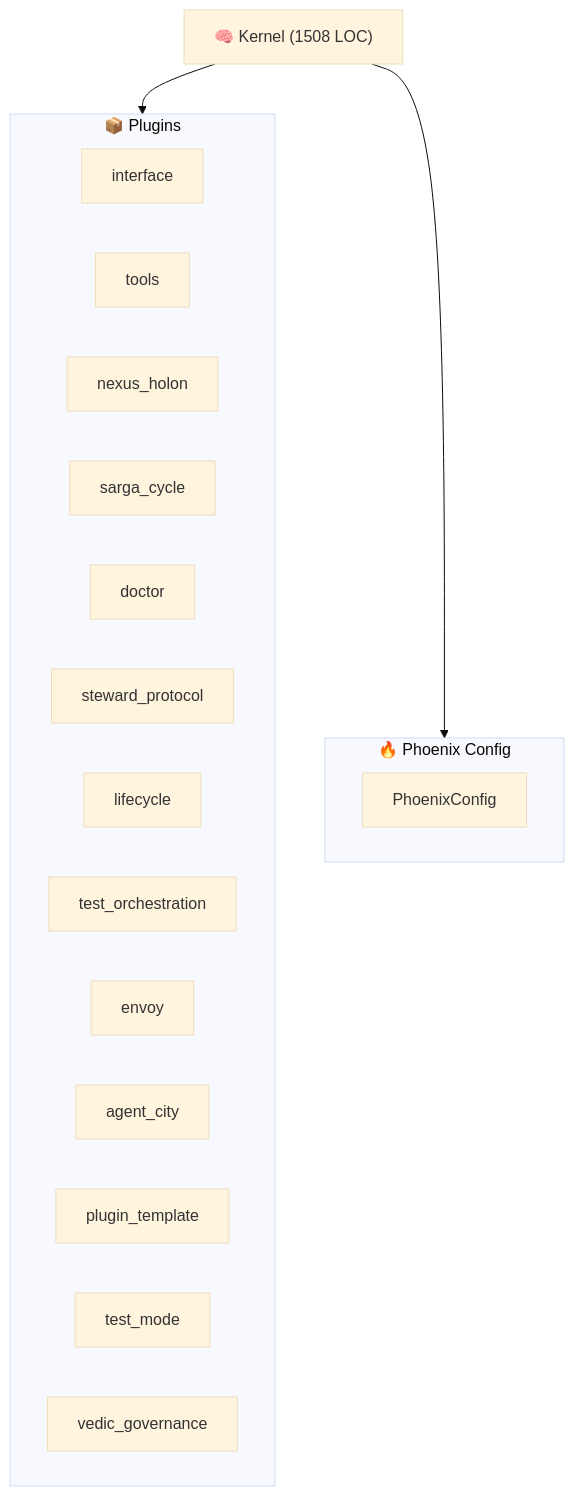
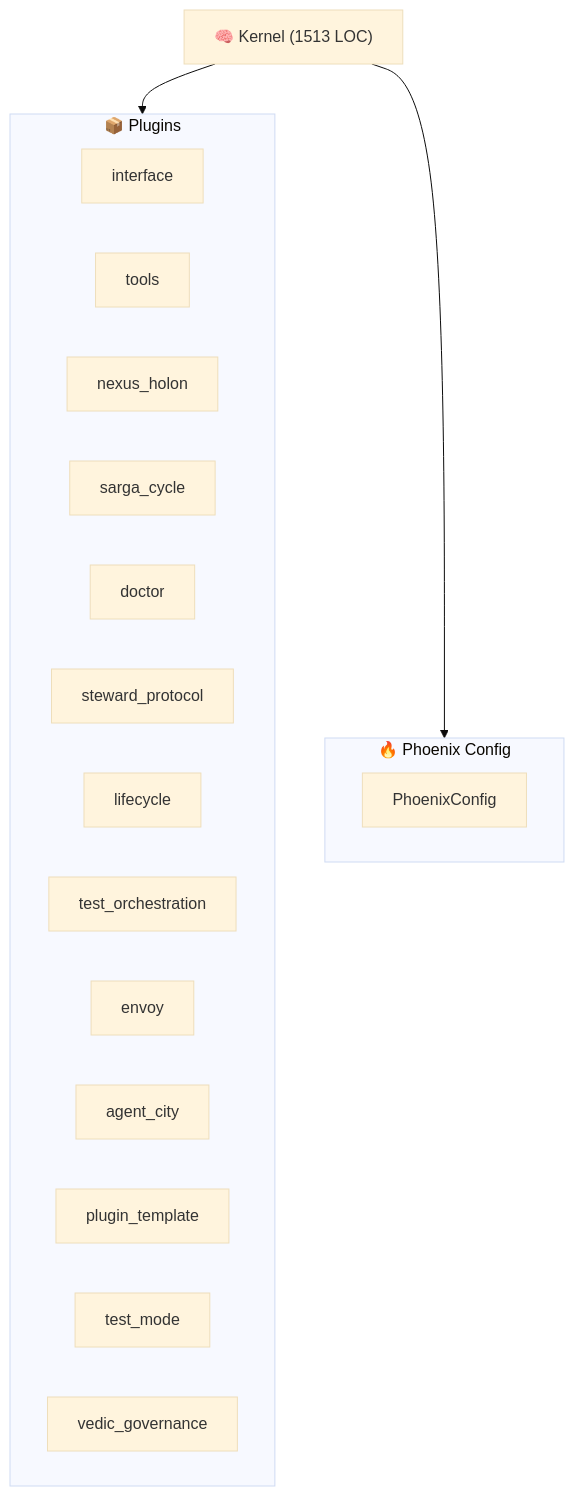
One commit to kimeisele/steward-protocol changed the diagram in ARCHITECTURE.md. Above: the diagram before and after it, drawn with Mermaid (base theme). The commit also changed other lines of this file and 15 other files, not shown here.

````diff
--- a/ARCHITECTURE.md
+++ b/ARCHITECTURE.md
@@ -8,24 +8,24 @@
 ```mermaid
 graph TB
-    K["🧠 Kernel (1508 LOC)"]
+    K["🧠 Kernel (1513 LOC)"]
     subgraph Plugins["📦 Plugins"]
         P_interface["interface"]
         P_tools["tools"]
         P_nexus_holon["nexus_holon"]
         P_sarga_cycle["sarga_cycle"]
         P_doctor["doctor"]
         P_steward_protocol["steward_protocol"]
         P_lifecycle["lifecycle"]
         P_test_orchestration["test_orchestration"]
         P_envoy["envoy"]
         P_agent_city["agent_city"]
         P_plugin_template["plugin_template"]
         P_test_mode["test_mode"]
         P_vedic_governance["vedic_governance"]
     end
     K --> Plugins
     subgraph Config["🔥 Phoenix Config"]
         PC[PhoenixConfig]
     end
     K --> Config
 ```
````
